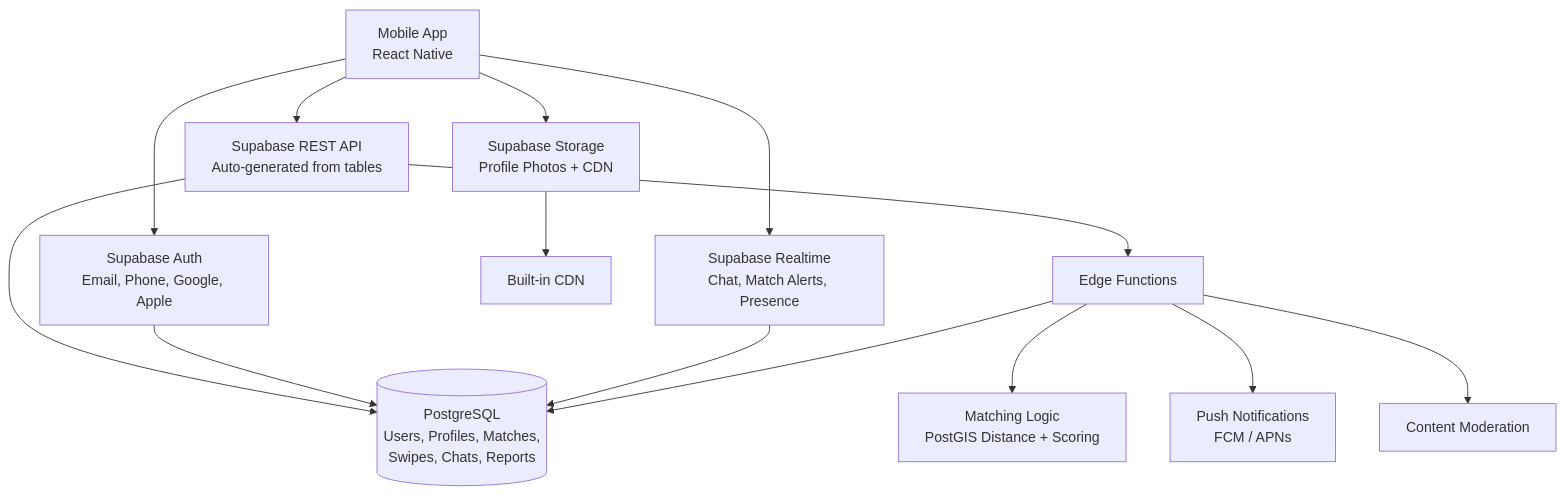
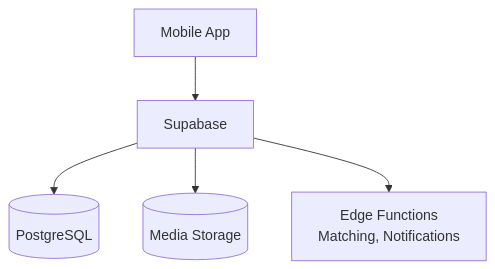
One commit to rajeshkr2016/bkb-app changed the first of 3 diagrams in architecture-supabase.md. Above: the diagram before and after it, drawn with Mermaid. The commit also changed 1 other file, not shown here.

Commit message:
simplifying arch diagram

````diff
--- a/architecture-supabase.md
+++ b/architecture-supabase.md
@@ -5,18 +5,7 @@
 ```mermaid
 graph TB
-    App[Mobile App<br/>React Native] --> Auth[Supabase Auth<br/>Email, Phone, Google, Apple]
-    App --> API[Supabase REST API<br/>Auto-generated from tables]
-    App --> Realtime[Supabase Realtime<br/>Chat, Match Alerts, Presence]
-    App --> Storage[Supabase Storage<br/>Profile Photos + CDN]
-
-    API --> DB[(PostgreSQL<br/>Users, Profiles, Matches,<br/>Swipes, Chats, Reports)]
-    Auth --> DB
-    Realtime --> DB
-    Storage --> CDN[Built-in CDN]
-
-    API --> Edge[Edge Functions]
-    Edge --> MatchFn[Matching Logic<br/>PostGIS Distance + Scoring]
-    Edge --> NotifFn[Push Notifications<br/>FCM / APNs]
-    Edge --> ModFn[Content Moderation]
-    Edge --> DB
+    App[Mobile App] --> Supabase[Supabase]
+    Supabase --> DB[(PostgreSQL)]
+    Supabase --> Storage[(Media Storage)]
+    Supabase --> Edge[Edge Functions<br/>Matching, Notifications]
 ```
````
